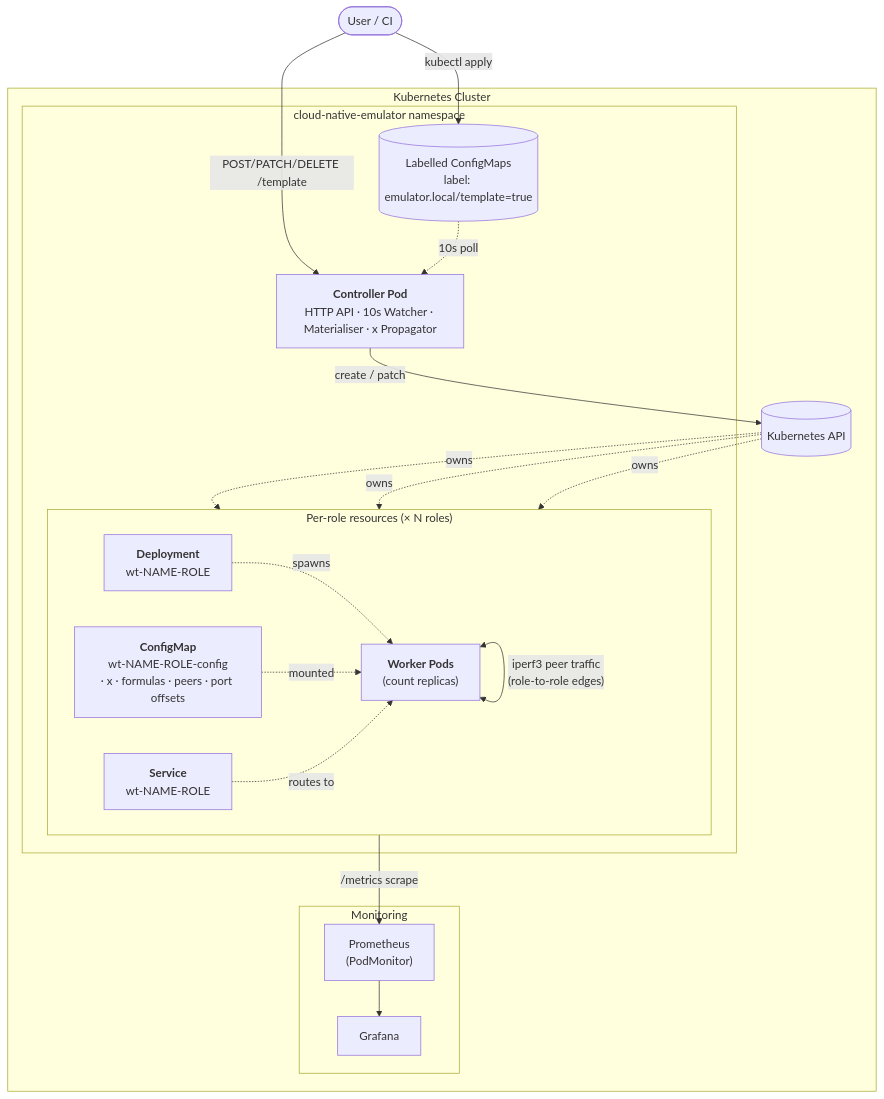
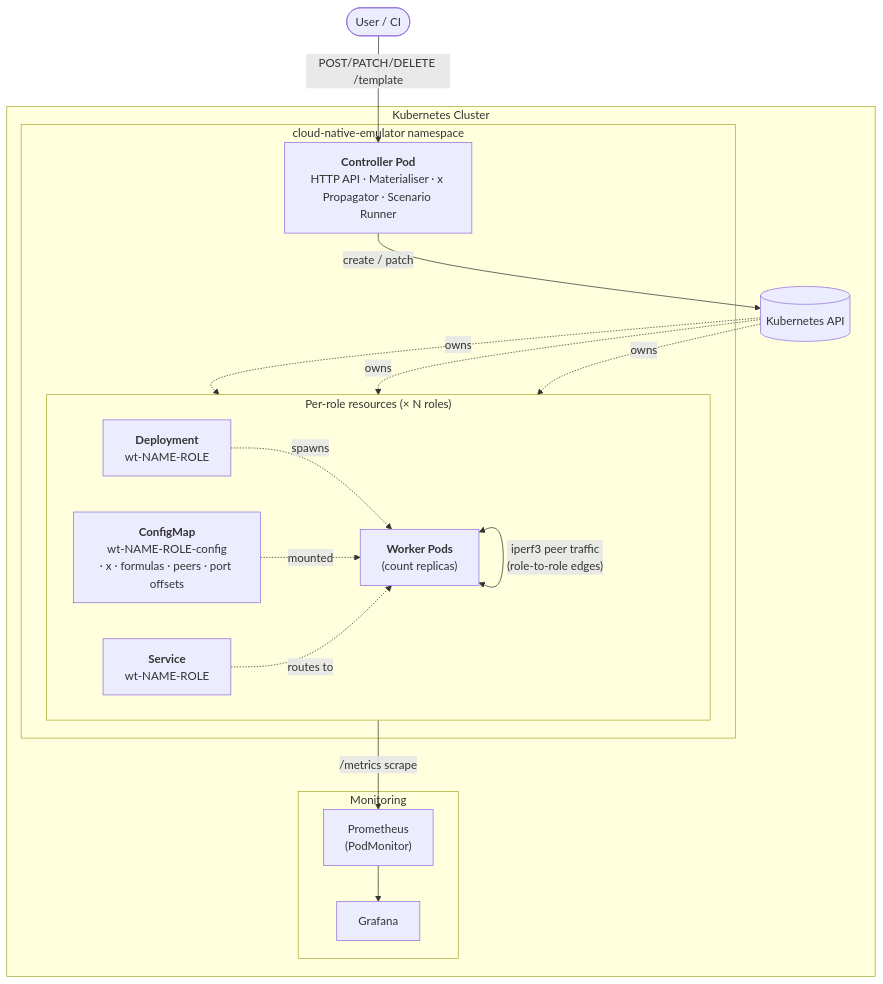
The first of 6 diagrams in ARCHITECTURE.md (Jakub-Bojar/cloud-native-emulator), drawn with Mermaid before and after one commit. The commit also changed other lines of this file and 27 other files, not shown here.

````diff
--- a/ARCHITECTURE.md
+++ b/ARCHITECTURE.md
@@ -25,42 +24,38 @@
 ```mermaid
 flowchart TB
     User([User / CI])
 
     subgraph cluster["Kubernetes Cluster"]
         subgraph ns["cloud-native-emulator namespace"]
-            Controller["<b>Controller Pod</b><br/>HTTP API · 10s Watcher · Materialiser · x Propagator"]
-
-            LCM[("Labelled ConfigMaps<br/>label: emulator.local/template=true")]
+            Controller["<b>Controller Pod</b><br/>HTTP API · Materialiser · x Propagator · Scenario Runner"]
 
             subgraph roleRes["Per-role resources (× N roles)"]
                 direction LR
                 CM["<b>ConfigMap</b><br/>wt-NAME-ROLE-config<br/>· x · formulas · peers · port offsets"]
                 Deploy["<b>Deployment</b><br/>wt-NAME-ROLE"]
                 Svc["<b>Service</b><br/>wt-NAME-ROLE"]
                 Pods["<b>Worker Pods</b><br/>(count replicas)"]
             end
 
             Deploy -.->|spawns| Pods
             CM -.->|mounted| Pods
             Svc -.->|routes to| Pods
         end
 
         K8sAPI[("Kubernetes API")]
 
         subgraph mon["Monitoring"]
             Prom["Prometheus<br/>(PodMonitor)"]
             Graf["Grafana"]
         end
     end
 
     User -->|"POST/PATCH/DELETE /template"| Controller
-    User -->|"kubectl apply"| LCM
-    LCM -.->|"10s poll"| Controller
     Controller -->|"create / patch"| K8sAPI
     K8sAPI -.->|owns| CM
     K8sAPI -.->|owns| Deploy
     K8sAPI -.->|owns| Svc
     Pods <-->|"iperf3 peer traffic<br/>(role-to-role edges)"| Pods
     Pods -->|"/metrics scrape"| Prom
     Prom --> Graf
 ```
````
